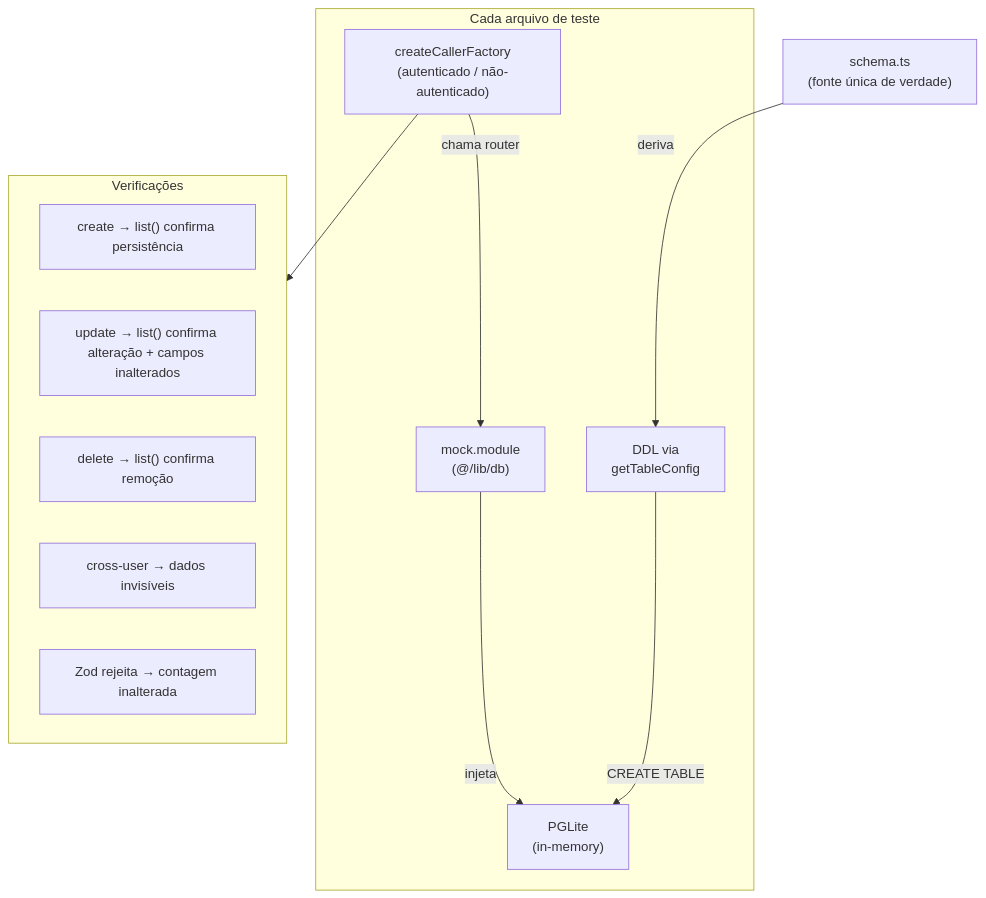
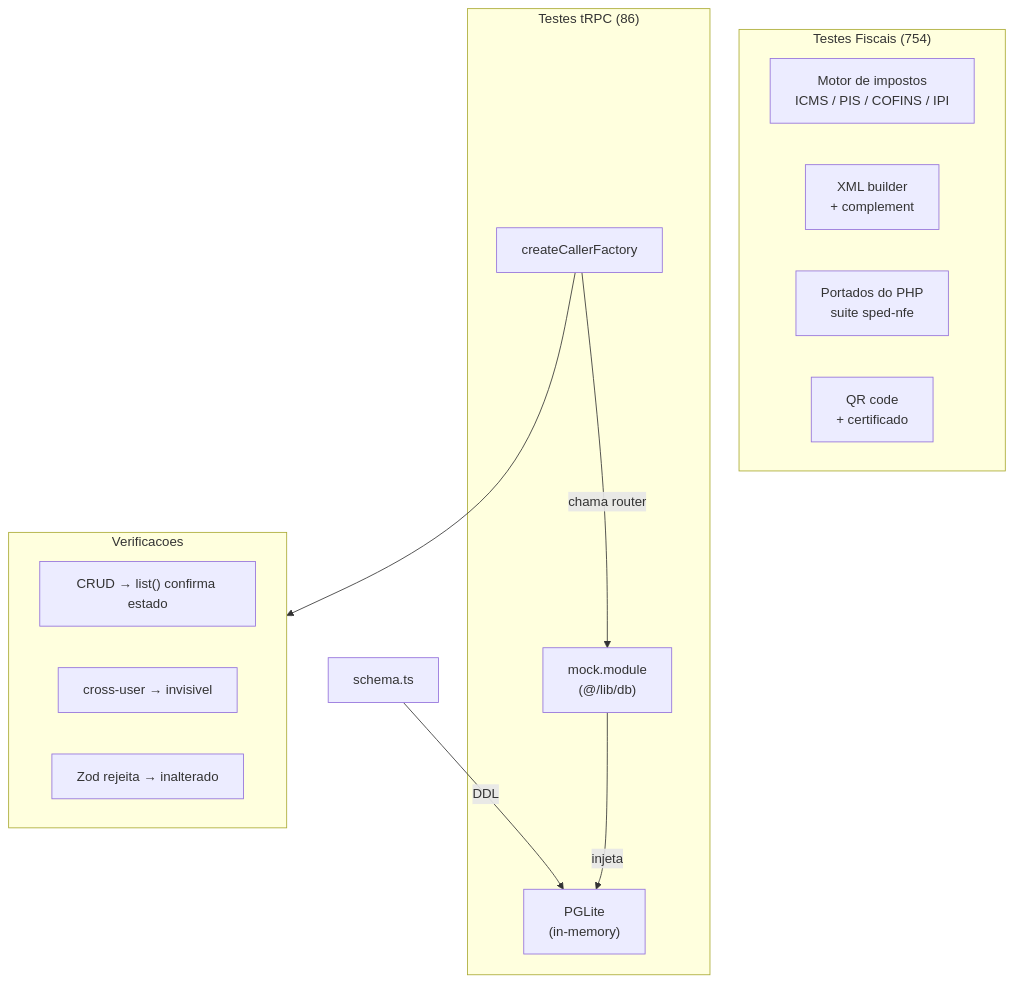
The fifth of 6 diagrams in README.ptBR.md (JoaoHenriqueBarbosa/FinOpenPOS), drawn with Mermaid before and after one commit. The commit also changed other lines of this file and 1 other file, not shown here.

First line of the commit message:
docs(readme): rewrite READMEs with fiscal module, TOC, and mermaid diagrams

````diff
--- a/README.ptBR.md
+++ b/README.ptBR.md
@@ -156,24 +322,27 @@
 ```mermaid
 flowchart TB
-  subgraph TestFile["Cada arquivo de teste"]
+  subgraph FiscalTests["Testes Fiscais (754)"]
+    TaxTests["Motor de impostos\nICMS / PIS / COFINS / IPI"]
+    XMLTests["XML builder\n+ complement"]
+    PortedTests["Portados do PHP\nsuite sped-nfe"]
+    QRTests["QR code\n+ certificado"]
+  end
+
+  subgraph tRPCTests["Testes tRPC (86)"]
     PGLite["PGLite\n(in-memory)"]
     Mock["mock.module\n(@/lib/db)"]
-    Caller["createCallerFactory\n(autenticado / não-autenticado)"]
-    DDL["DDL via\ngetTableConfig"]
+    Caller["createCallerFactory"]
   end
 
-  Schema["schema.ts\n(fonte única de verdade)"] -->|deriva| DDL
-  DDL -->|CREATE TABLE| PGLite
+  Schema["schema.ts"] -->|DDL| PGLite
   Mock -->|injeta| PGLite
   Caller -->|chama router| Mock
 
-  subgraph Verificações
-    Create["create → list() confirma persistência"]
-    Update["update → list() confirma alteração + campos inalterados"]
-    Delete["delete → list() confirma remoção"]
-    Isolation["cross-user → dados invisíveis"]
-    Validation["Zod rejeita → contagem inalterada"]
+  subgraph Verificacoes
+    CRUD["CRUD → list() confirma estado"]
+    Isolation["cross-user → invisivel"]
+    Zod["Zod rejeita → inalterado"]
   end
 
-  Caller --> Verificações
+  Caller --> Verificacoes
 ```
````
